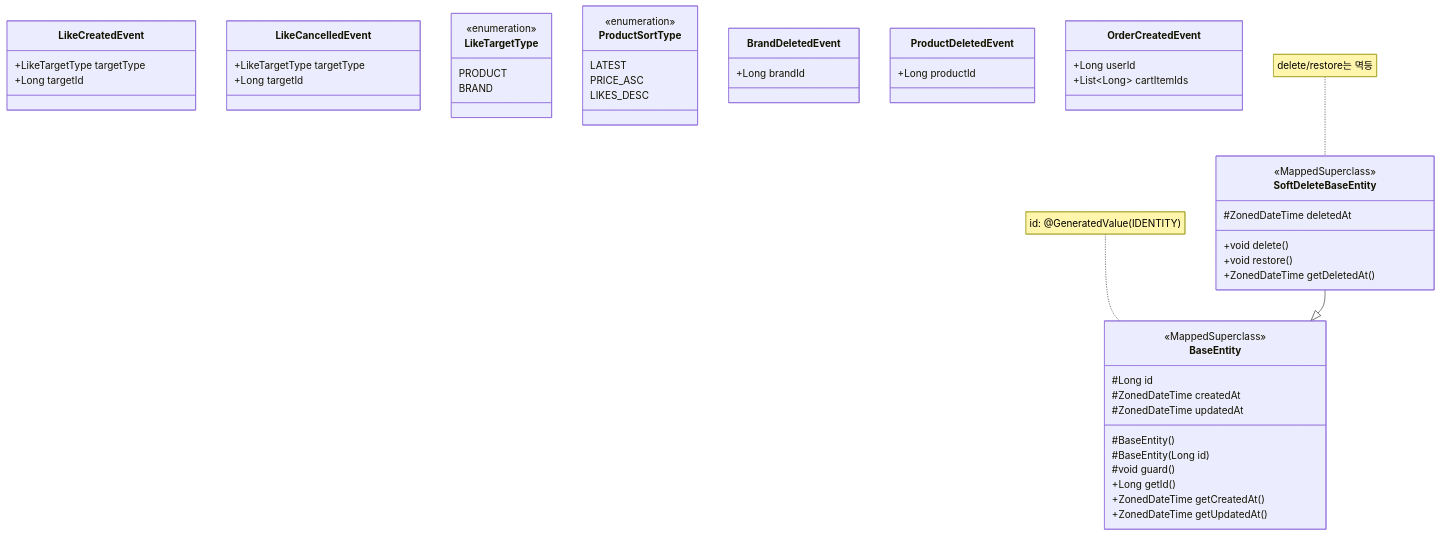
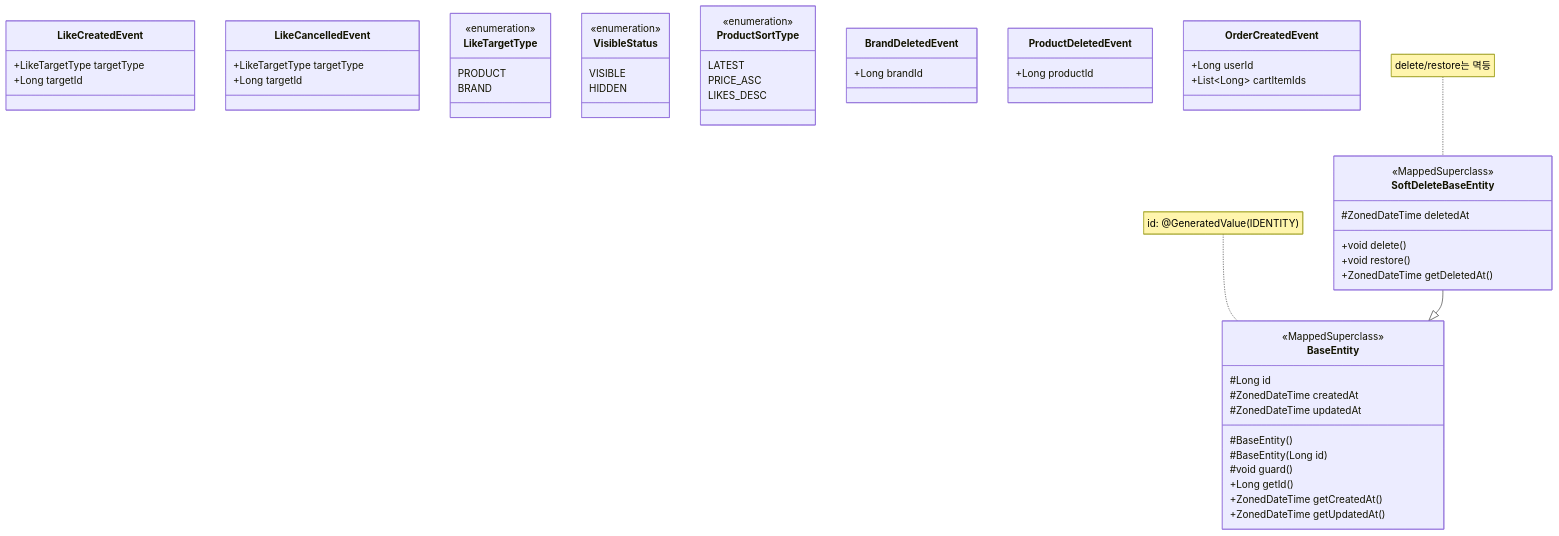
Before and after one commit to Hwan0518/loop-pack-be-l2-vol3-java: the first of 8 diagrams in docs/design/03-class-diagram.md, drawn with Mermaid. The commit also changed other lines of this file and 4 other files, not shown here.

First line of the commit message:
docs: Brand visibleStatus(VISIBLE/HIDDEN) 설계 문서 업데이트

````diff
--- a/docs/design/03-class-diagram.md
+++ b/docs/design/03-class-diagram.md
@@ -77,63 +77,69 @@
 ```mermaid
 classDiagram
     class BaseEntity {
         <<MappedSuperclass>>
         #Long id
         #ZonedDateTime createdAt
         #ZonedDateTime updatedAt
         #BaseEntity()
         #BaseEntity(Long id)
         #void guard()
         +Long getId()
         +ZonedDateTime getCreatedAt()
         +ZonedDateTime getUpdatedAt()
     }
 
     class SoftDeleteBaseEntity {
         <<MappedSuperclass>>
         #ZonedDateTime deletedAt
         +void delete()
         +void restore()
         +ZonedDateTime getDeletedAt()
     }
     SoftDeleteBaseEntity --|> BaseEntity
 
     class LikeCreatedEvent {
         +LikeTargetType targetType
         +Long targetId
     }
 
     class LikeCancelledEvent {
         +LikeTargetType targetType
         +Long targetId
     }
 
     class LikeTargetType {
         <<enumeration>>
         PRODUCT
         BRAND
     }
 
+    class VisibleStatus {
+        <<enumeration>>
+        VISIBLE
+        HIDDEN
+    }
+
     class ProductSortType {
         <<enumeration>>
         LATEST
         PRICE_ASC
         LIKES_DESC
     }
 
     class BrandDeletedEvent {
         +Long brandId
     }
 
     class ProductDeletedEvent {
         +Long productId
     }
 
     class OrderCreatedEvent {
         +Long userId
         +List~Long~ cartItemIds
     }
 
     note for BaseEntity "id: @GeneratedValue(IDENTITY)"
     note for SoftDeleteBaseEntity "delete/restore는 멱등"
 ```
````
